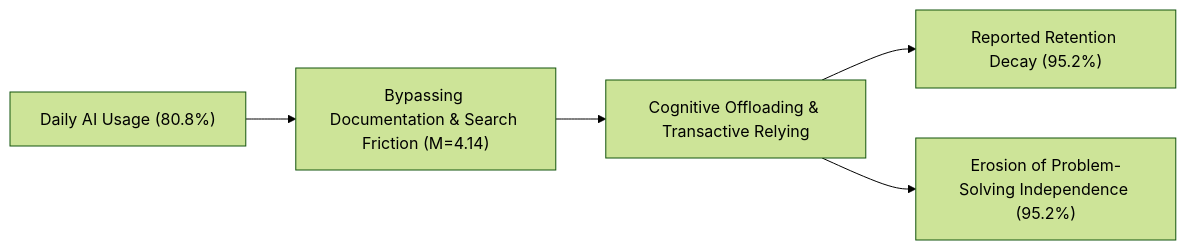
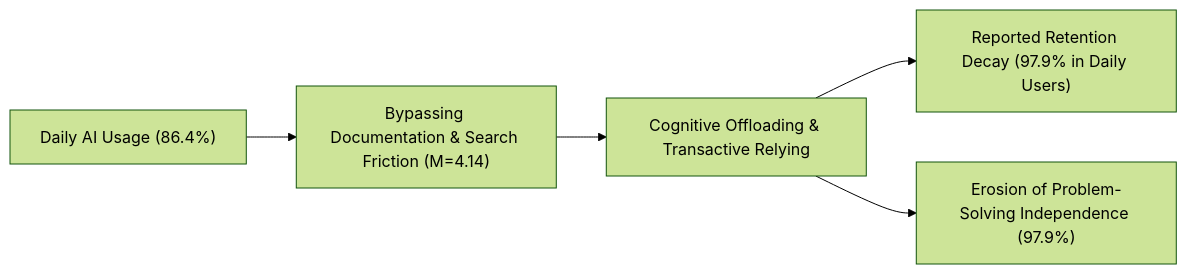
One commit to LuckyBunny1518/Technical-Writing changed the second of 2 diagrams in survey_analysis_report.md. Above: the diagram before and after it, drawn with Mermaid (forest theme). The commit also changed other lines of this file and 9 other files, not shown here.

````diff
--- a/survey_analysis_report.md
+++ b/survey_analysis_report.md
@@ -98,7 +98,7 @@
 ```mermaid
 graph LR
-    A["Daily AI Usage (80.8%)"] --> B["Bypassing Documentation & Search Friction (M=4.14)"]
+    A["Daily AI Usage (86.4%)"] --> B["Bypassing Documentation & Search Friction (M=4.14)"]
     B --> C["Cognitive Offloading & Transactive Relying"]
-    C --> D["Reported Retention Decay (95.2%)"]
-    C --> E["Erosion of Problem-Solving Independence (95.2%)"]
+    C --> D["Reported Retention Decay (97.9% in Daily Users)"]
+    C --> E["Erosion of Problem-Solving Independence (97.9%)"]
 ```
````
